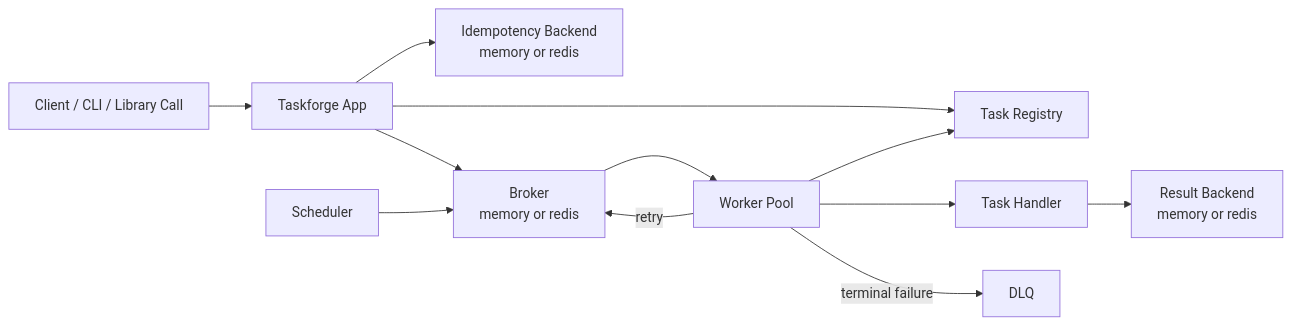
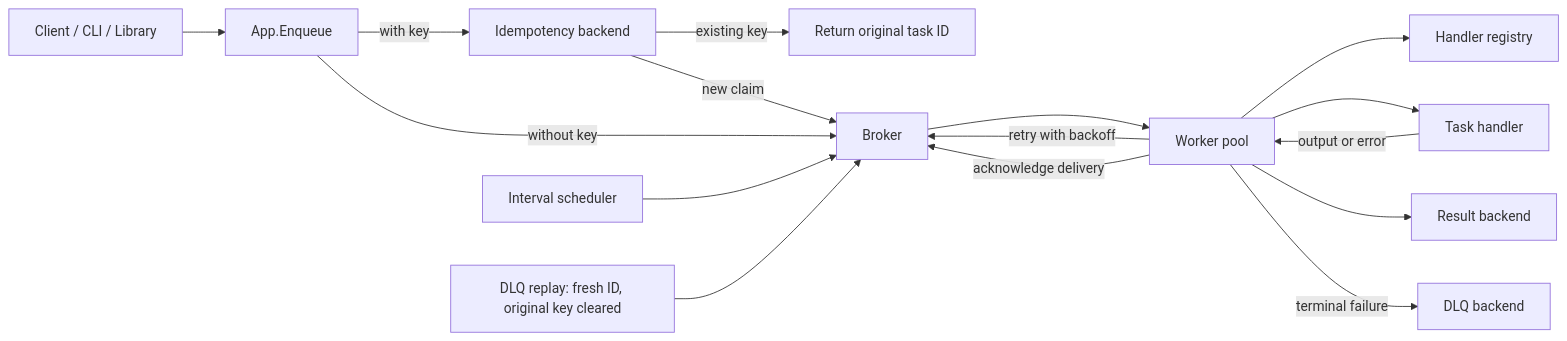
The diagram in WORKFLOW.md (OneLastStop529/taskforge), drawn with Mermaid before and after one commit. The commit also changed other lines of this file and 4 other files, not shown here.

````diff
--- a/WORKFLOW.md
+++ b/WORKFLOW.md
@@ -5,25 +12,18 @@
 ```mermaid
 flowchart LR
-    A[Client / CLI / Library Call]
-    B[Taskforge App]
-    J[Idempotency Backend<br/>memory or redis]
-    C[Task Registry]
-    D[Broker<br/>memory or redis]
-    E[Worker Pool]
-    F[Task Handler]
-    G[Result Backend<br/>memory or redis]
-    H[DLQ]
-    I[Scheduler]
-
-    A --> B
-    B --> C
-    B --> J
-    B --> D
-    I --> D
-    D --> E
-    E --> C
-    E --> F
-    F --> G
-    E -->|retry| D
-    E -->|terminal failure| H
+    A[Client / CLI / Library] --> B[App.Enqueue]
+    B -->|with key| J[Idempotency backend]
+    J -->|existing key| K[Return original task ID]
+    J -->|new claim| D[Broker]
+    B -->|without key| D
+    I[Interval scheduler] --> D
+    R[DLQ replay: fresh ID, original key cleared] --> D
+    D --> E[Worker pool]
+    E --> C[Handler registry]
+    E --> F[Task handler]
+    F -->|output or error| E
+    E --> G[Result backend]
+    E -->|retry with backoff| D
+    E -->|terminal failure| H[DLQ backend]
+    E -->|acknowledge delivery| D
 ```
````
